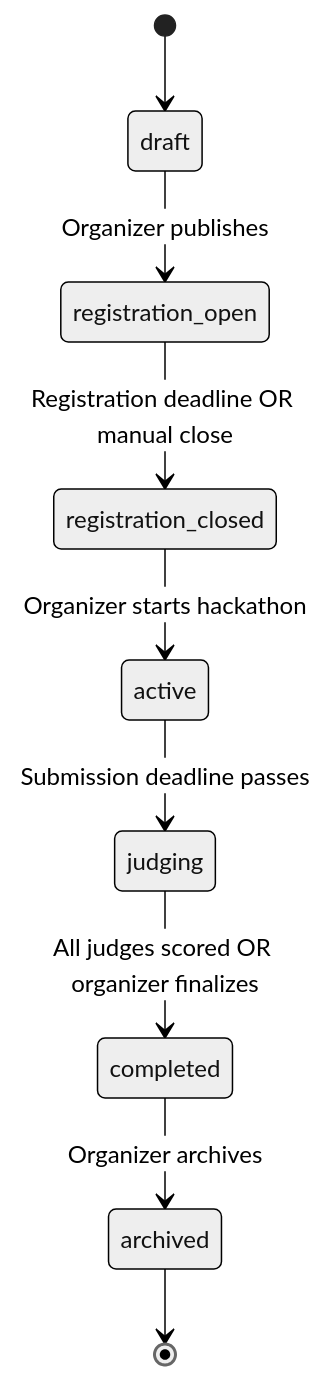
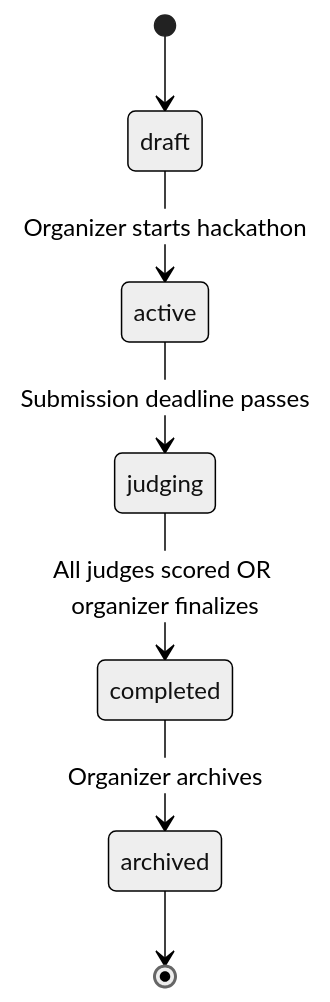
Before and after one commit to devangshupandey2025-stack/DevSage: the first of 7 diagrams in docs/v3/planned/hackathon-lifecycle.md, drawn with Mermaid (neutral theme). The commit also changed other lines of this file, not shown here.

First line of the commit message:
docs(lifecycle): reduce to 5 states, remove registration window

````diff
--- a/docs/v3/planned/hackathon-lifecycle.md
+++ b/docs/v3/planned/hackathon-lifecycle.md
@@ -50,11 +50,9 @@
 ```mermaid
 stateDiagram-v2
     [*] --> draft
-    draft --> registration_open : Organizer publishes
-    registration_open --> registration_closed : Registration deadline OR manual close
-    registration_closed --> active : Organizer starts hackathon
+    draft --> active : Organizer starts hackathon
     active --> judging : Submission deadline passes
     judging --> completed : All judges scored OR organizer finalizes
     completed --> archived : Organizer archives
     archived --> [*]
 ```
````
